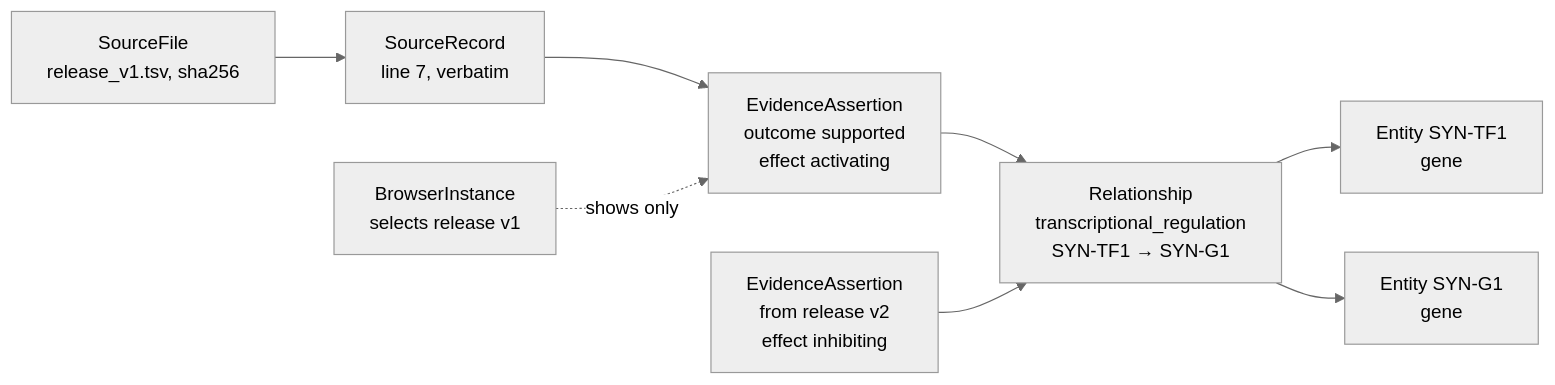
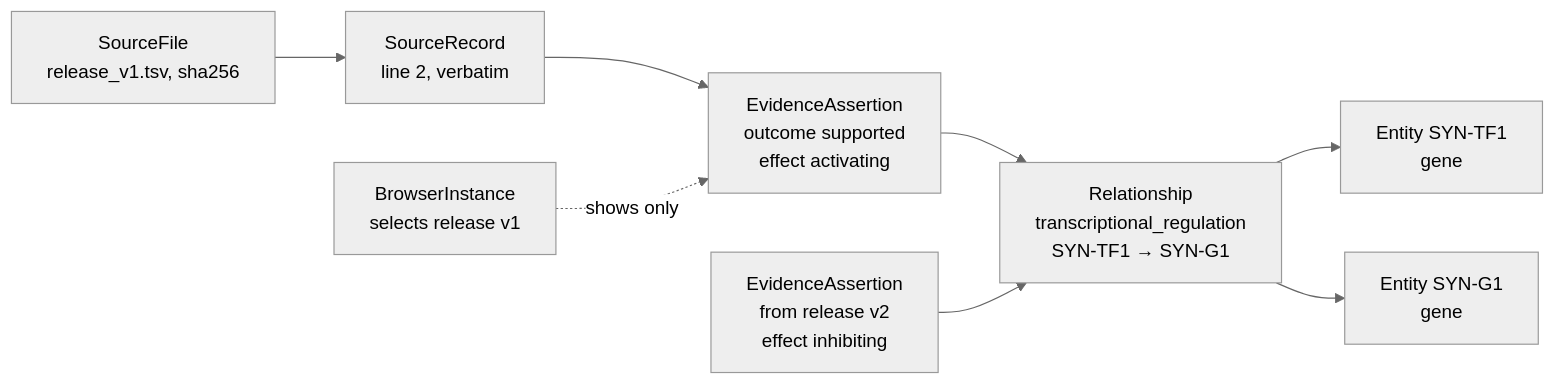
One commit to MilesGithub/openpip-2.0 changed the first of 2 diagrams in docs/project/generalization/GENERALIZATION_ARCHITECTURE.md. Above: the diagram before and after it, drawn with Mermaid (neutral theme). The commit also changed other lines of this file and 19 other files, not shown here.

````diff
--- a/docs/project/generalization/GENERALIZATION_ARCHITECTURE.md
+++ b/docs/project/generalization/GENERALIZATION_ARCHITECTURE.md
@@ -99,10 +99,10 @@
 ```mermaid
 flowchart LR
-    F[SourceFile<br/>release_v1.tsv, sha256] --> R[SourceRecord<br/>line 7, verbatim]
+    F[SourceFile<br/>release_v1.tsv, sha256] --> R[SourceRecord<br/>line 2, verbatim]
     R --> A1[EvidenceAssertion<br/>outcome supported<br/>effect activating]
     A1 --> X[Relationship<br/>transcriptional_regulation<br/>SYN-TF1 → SYN-G1]
     A2[EvidenceAssertion<br/>from release v2<br/>effect inhibiting] --> X
     X --> E1[Entity SYN-TF1<br/>gene]
     X --> E2[Entity SYN-G1<br/>gene]
     B[BrowserInstance<br/>selects release v1] -. shows only .-> A1
 ```
````
